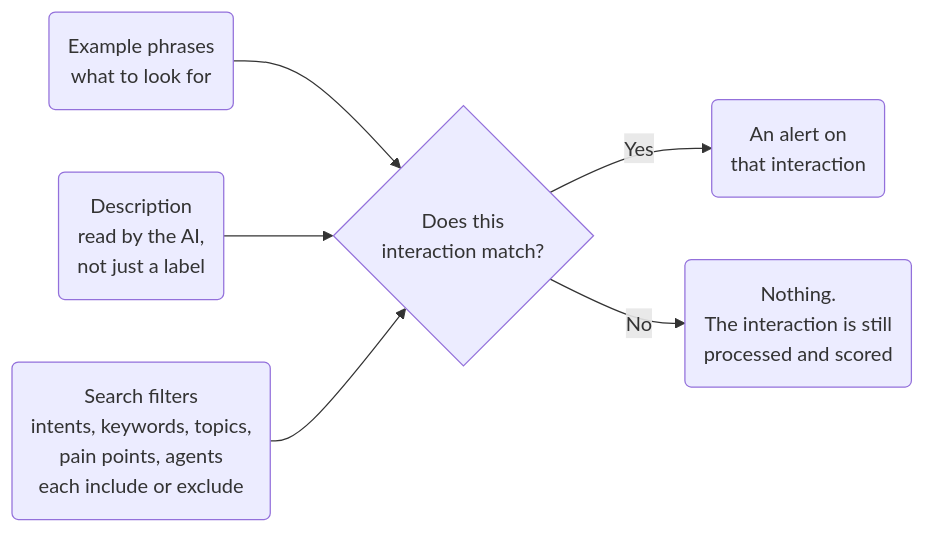
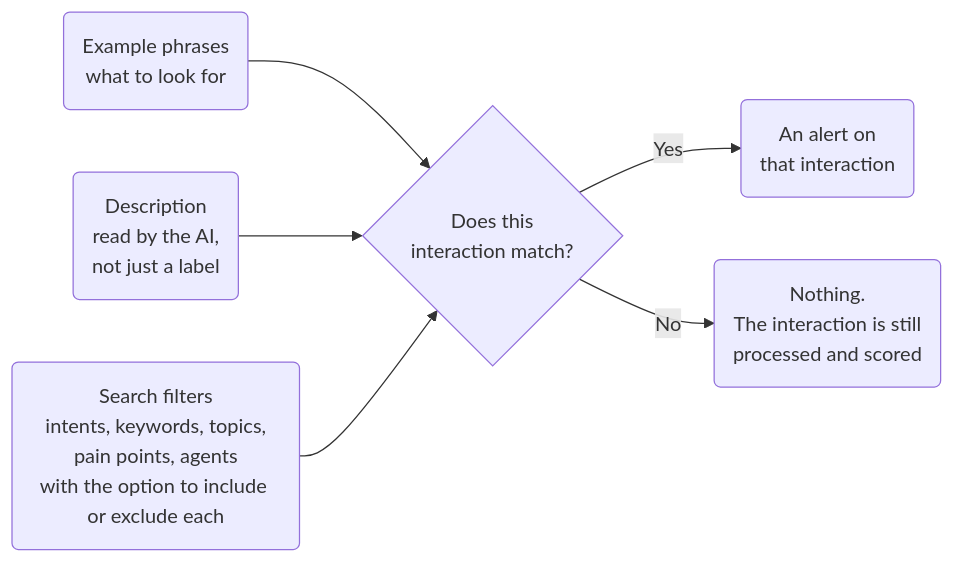
Before and after one commit to Botlhale-AI/docs-vela: the diagram in docs/smart-search-guide.md, drawn with Mermaid. The commit also changed other lines of this file and 3 other files, not shown here.

````diff
--- a/docs/smart-search-guide.md
+++ b/docs/smart-search-guide.md
@@ -58,8 +58,8 @@
 ```mermaid
 flowchart LR
     P("Example phrases<br/>what to look for") --> M{"Does this<br/>interaction match?"}
     D("Description<br/>read by the AI,<br/>not just a label") --> M
-    F("Search filters<br/>intents, keywords, topics,<br/>pain points, agents<br/>each include or exclude") --> M
+    F("Search filters<br/>intents, keywords, topics,<br/>pain points, agents<br/>with the option to include or exclude each") --> M
     M -- Yes --> A("An alert on<br/>that interaction")
     M -- No --> N("Nothing.<br/>The interaction is still<br/>processed and scored")
 ```
````
